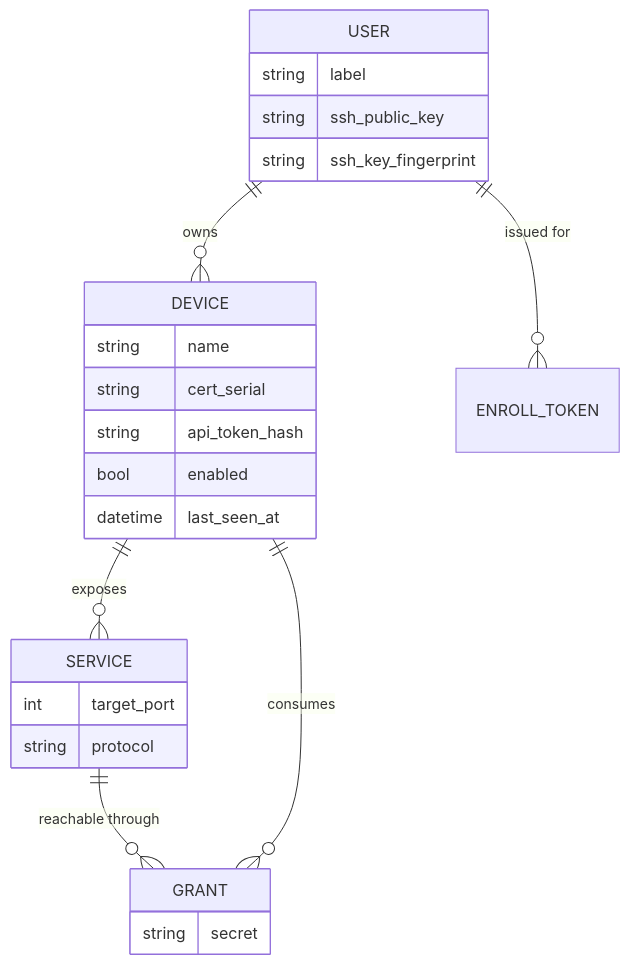
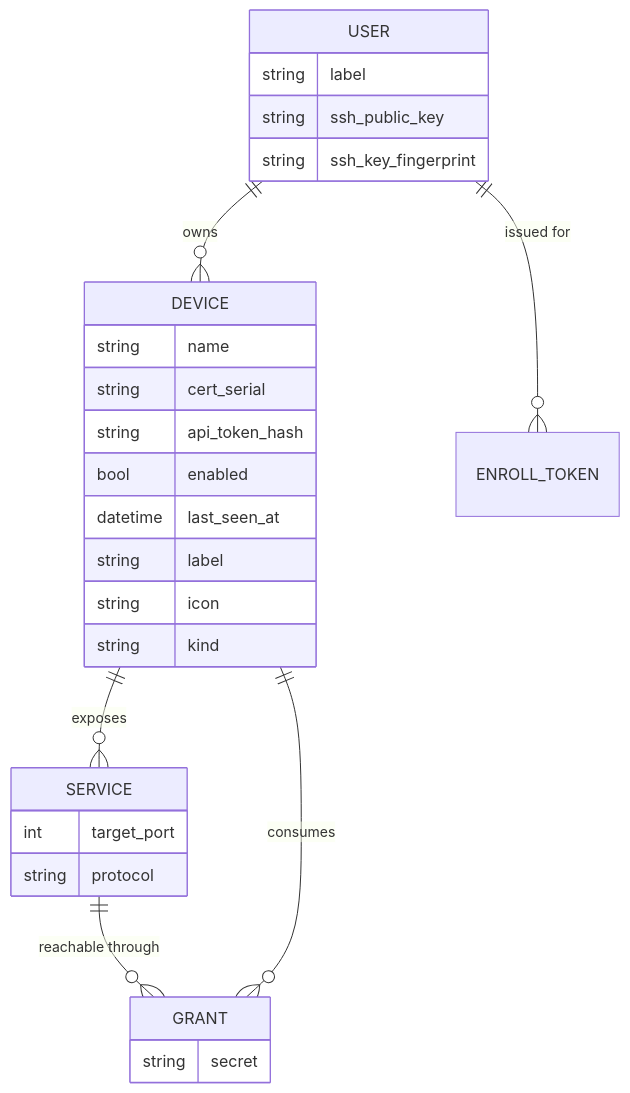
One commit to aadegtyarev/frp-jump changed the sixth of 6 diagrams in docs/how-it-works.md. Above: the diagram before and after it, drawn with Mermaid. The commit also changed other lines of this file and 5 other files, not shown here.

````diff
--- a/docs/how-it-works.md
+++ b/docs/how-it-works.md
@@ -260,28 +260,31 @@
 ```mermaid
 erDiagram
     USER ||--o{ DEVICE : owns
     USER ||--o{ ENROLL_TOKEN : "issued for"
     DEVICE ||--o{ SERVICE : exposes
     SERVICE ||--o{ GRANT : "reachable through"
     DEVICE ||--o{ GRANT : consumes
 
     USER {
         string label
         string ssh_public_key
         string ssh_key_fingerprint
     }
     DEVICE {
         string name
         string cert_serial
         string api_token_hash
         bool enabled
         datetime last_seen_at
+        string label
+        string icon
+        string kind
     }
     SERVICE {
         int target_port
         string protocol
     }
     GRANT {
         string secret
     }
 ```
````
